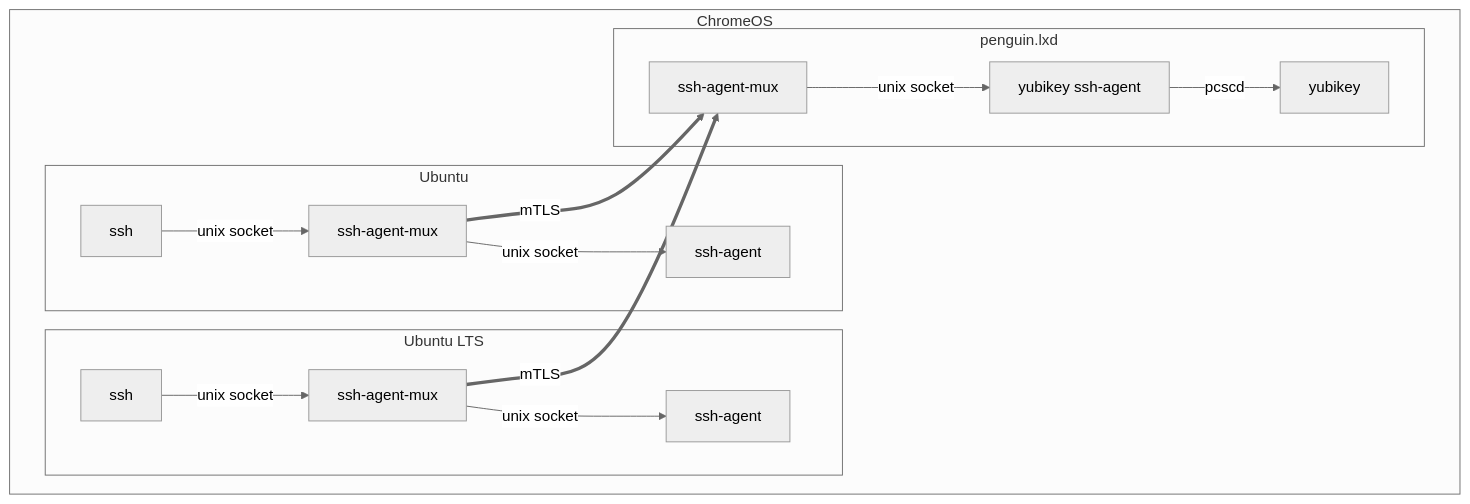
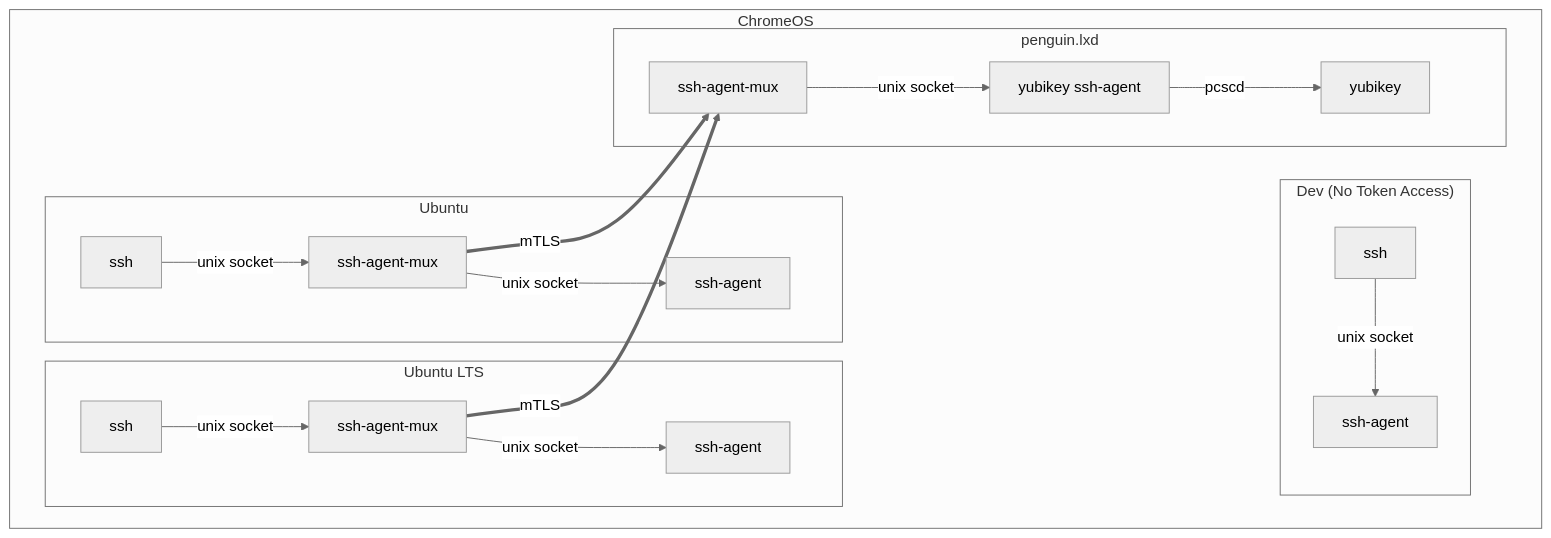
One commit to msantos/ssh-agent-mux changed the diagram in README.md. Above: the diagram before and after it, drawn with Mermaid (neutral theme). The commit also changed other lines of this file, not shown here.

Commit message:
doc: development container without token access

````diff
--- a/README.md
+++ b/README.md
@@ -18,18 +18,21 @@
 ```mermaid
 graph TD
   subgraph ChromeOS
   subgraph ubuntu ["Ubuntu"]
     ssh -->|unix socket| muxclient["ssh-agent-mux"]
     muxclient -->|unix socket| local["ssh-agent"]
   end
   subgraph ubuntults ["Ubuntu LTS"]
     ssh2["ssh"] -->|unix socket| muxclient2["ssh-agent-mux"]
     muxclient2 -->|unix socket| local2["ssh-agent"]
   end
+  subgraph dev ["Dev (No Token Access)"]
+    ssh3["ssh"] -->|unix socket| local3["ssh-agent"]
+  end
   subgraph penguin ["penguin.lxd"]
     muxclient ==>|mTLS| muxserver["ssh-agent-mux"] -->|unix socket| tokenagent["yubikey ssh-agent"]
     muxclient2 ==>|mTLS| muxserver["ssh-agent-mux"]
     tokenagent -->|pcscd| yubikey
   end
   end
 ```
````
